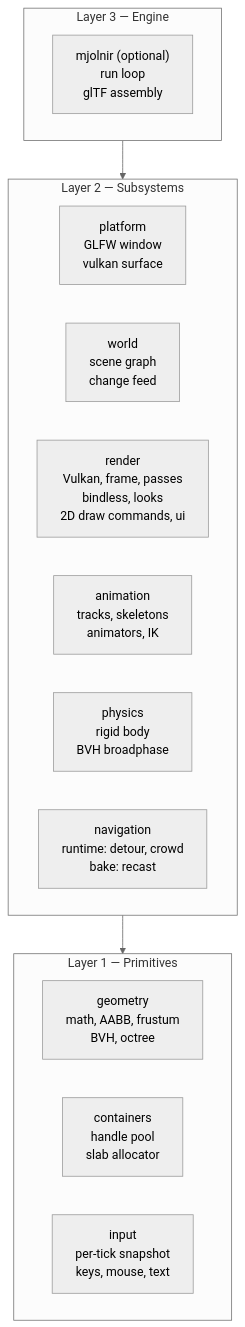
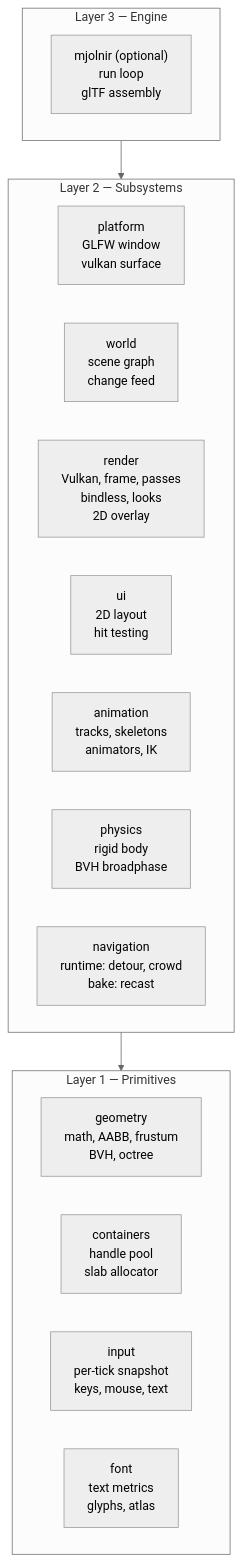
Before and after one commit to hucancode/mjolnir: the diagram in docs/architecture.md, drawn with Mermaid (neutral theme). The commit also changed other lines of this file and 23 other files, not shown here.

````diff
--- a/docs/architecture.md
+++ b/docs/architecture.md
@@ -32,26 +32,28 @@
 ```mermaid
 flowchart TB
   subgraph L3["Layer 3 — Engine"]
     engine["mjolnir (optional)<br/>run loop<br/>glTF assembly"]
   end
 
   subgraph L2["Layer 2 — Subsystems"]
     direction LR
     platform["platform<br/>GLFW window<br/>vulkan surface"]
     world["world<br/>scene graph<br/>change feed"]
-    render["render<br/>Vulkan, frame, passes<br/>bindless, looks<br/>2D draw commands, ui"]
+    render["render<br/>Vulkan, frame, passes<br/>bindless, looks<br/>2D overlay"]
+    ui["ui<br/>2D layout<br/>hit testing"]
     animation["animation<br/>tracks, skeletons<br/>animators, IK"]
     physics["physics<br/>rigid body<br/>BVH broadphase"]
     nav["navigation<br/>runtime: detour, crowd<br/>bake: recast"]
   end
 
   subgraph L1["Layer 1 — Primitives"]
     direction LR
     geometry["geometry<br/>math, AABB, frustum<br/>BVH, octree"]
     containers["containers<br/>handle pool<br/>slab allocator"]
     input["input<br/>per-tick snapshot<br/>keys, mouse, text"]
+    font["font<br/>text metrics<br/>glyphs, atlas"]
   end
 
   L3 --> L2
   L2 --> L1
 ```
````
